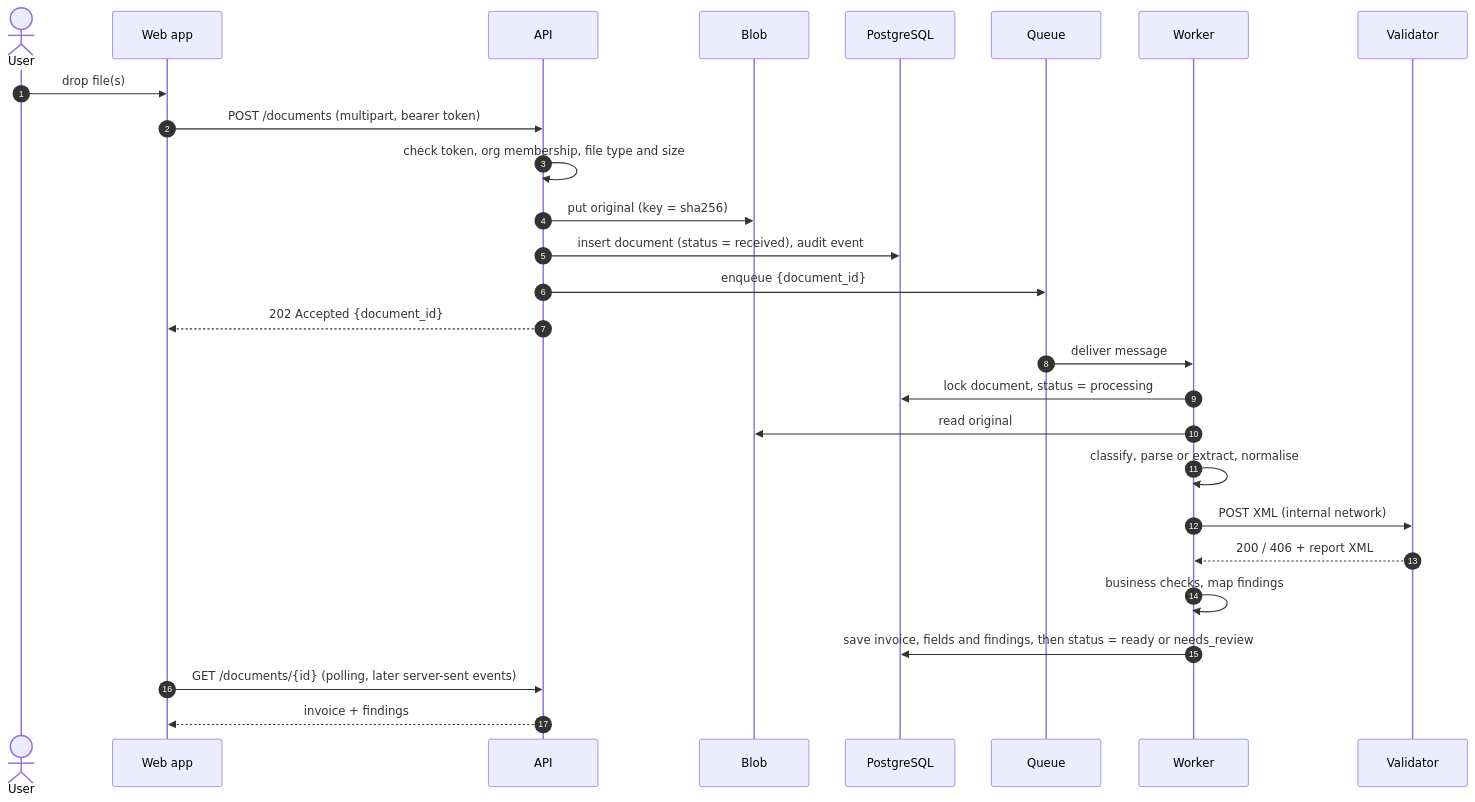
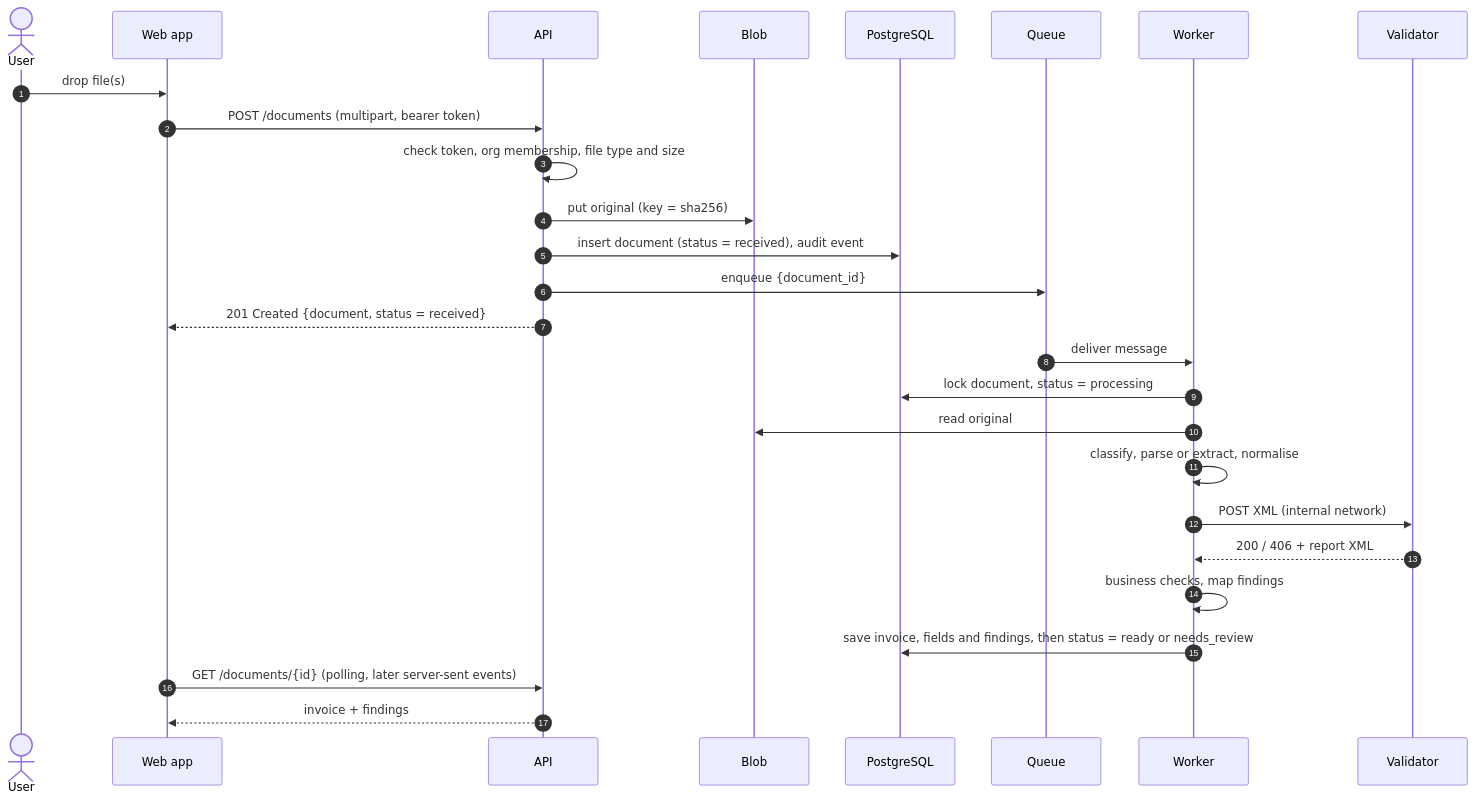
One commit to LomadaDharmateja/belegfluss changed the fourth of 8 diagrams in docs/ARCHITECTURE.md. Above: the diagram before and after it, drawn with Mermaid. The commit also changed other lines of this file and 7 other files, not shown here.

````diff
--- a/docs/ARCHITECTURE.md
+++ b/docs/ARCHITECTURE.md
@@ -134,30 +135,30 @@
 ```mermaid
 sequenceDiagram
     autonumber
     actor U as User
     participant W as Web app
     participant A as API
     participant B as Blob
     participant D as PostgreSQL
     participant Q as Queue
     participant K as Worker
     participant V as Validator
 
     U->>W: drop file(s)
     W->>A: POST /documents (multipart, bearer token)
     A->>A: check token, org membership, file type and size
     A->>B: put original (key = sha256)
     A->>D: insert document (status = received), audit event
     A->>Q: enqueue {document_id}
-    A-->>W: 202 Accepted {document_id}
+    A-->>W: 201 Created {document, status = received}
     Q->>K: deliver message
     K->>D: lock document, status = processing
     K->>B: read original
     K->>K: classify, parse or extract, normalise
     K->>V: POST XML (internal network)
     V-->>K: 200 / 406 + report XML
     K->>K: business checks, map findings
     K->>D: save invoice, fields and findings, then status = ready or needs_review
     W->>A: GET /documents/{id} (polling, later server-sent events)
     A-->>W: invoice + findings
 ```
````
